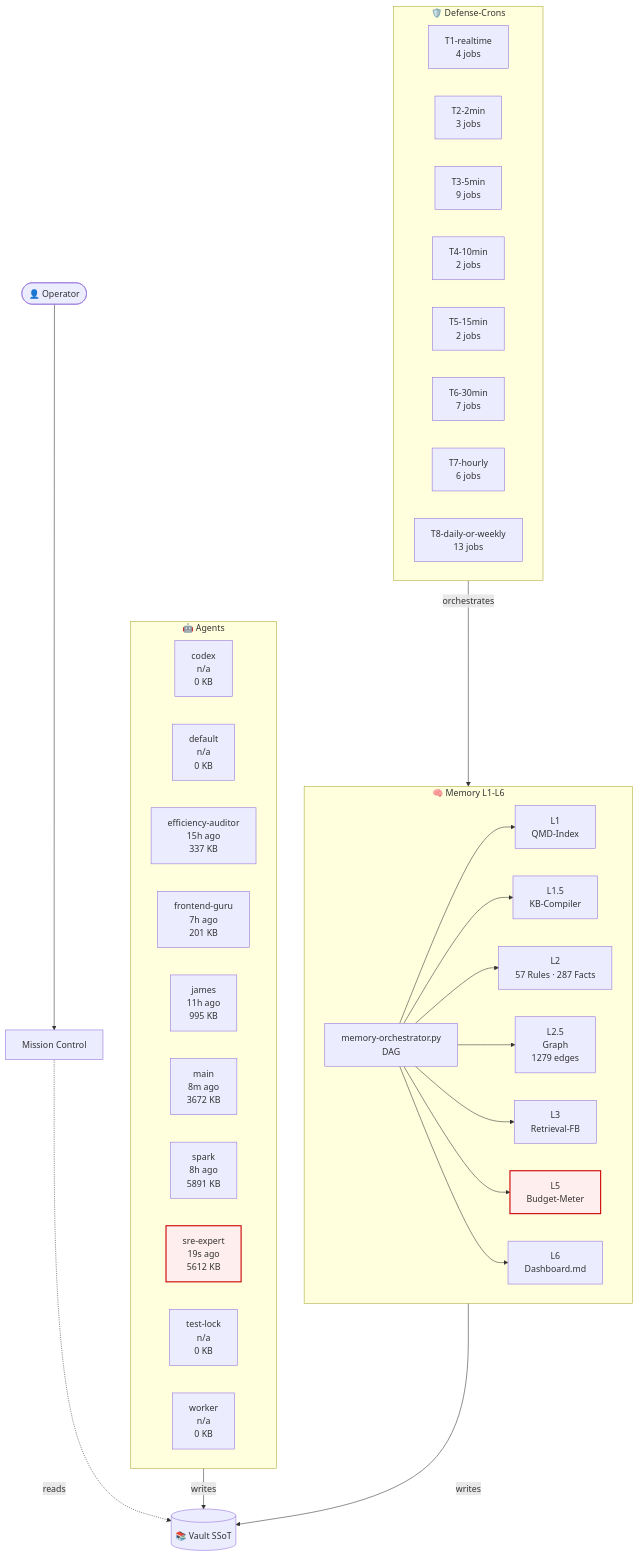
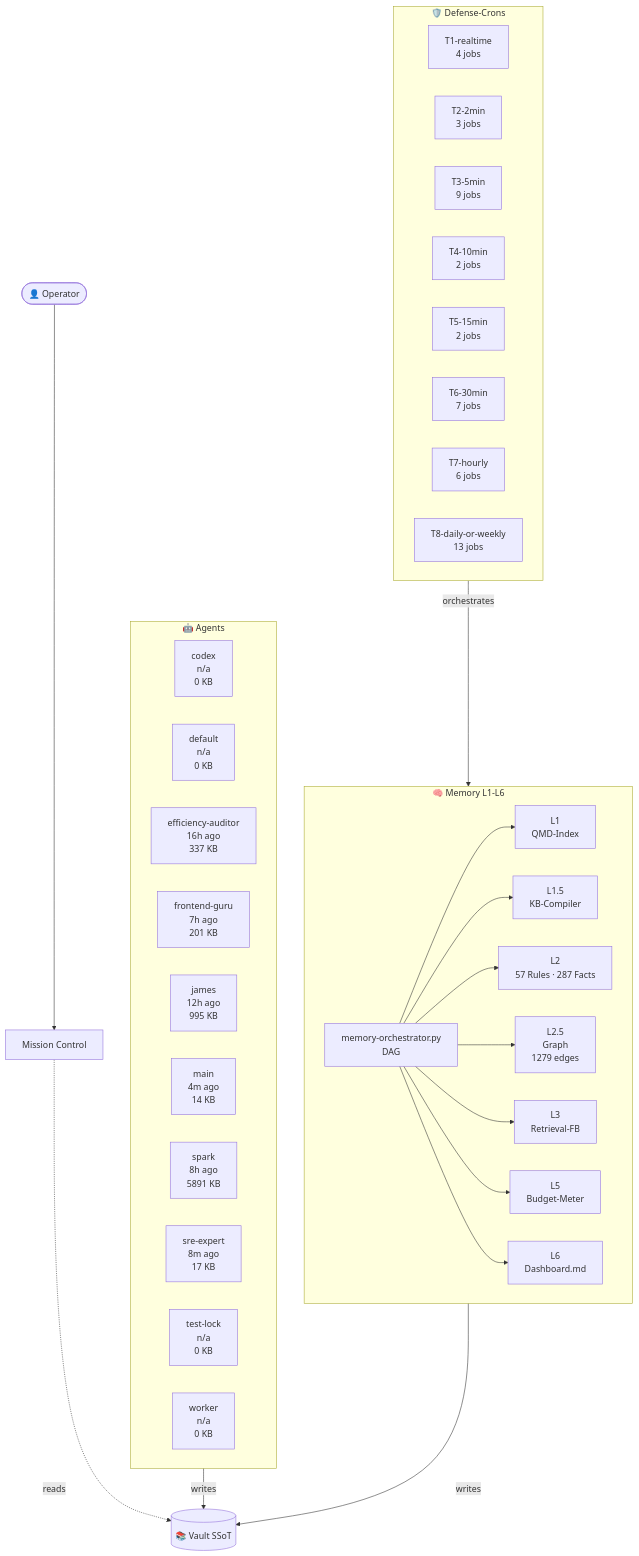
The diagram in 03-Agents/architecture-live.md (lenardhuebner88-rgb/openclaw-memory), drawn with Mermaid before and after one commit. The commit also changed other lines of this file and 16 other files, not shown here.

````diff
--- a/03-Agents/architecture-live.md
+++ b/03-Agents/architecture-live.md
@@ -18,53 +18,51 @@
 ```mermaid
 flowchart TB
     classDef critical fill:#fee,stroke:#c00,stroke-width:2px;
     subgraph AGT["🤖 Agents"]
         agent_codex["codex<br/>n/a<br/>0 KB"]
         agent_default["default<br/>n/a<br/>0 KB"]
-        agent_efficiency_auditor["efficiency-auditor<br/>15h ago<br/>337 KB"]
+        agent_efficiency_auditor["efficiency-auditor<br/>16h ago<br/>337 KB"]
         agent_frontend_guru["frontend-guru<br/>7h ago<br/>201 KB"]
-        agent_james["james<br/>11h ago<br/>995 KB"]
-        agent_main["main<br/>8m ago<br/>3672 KB"]
+        agent_james["james<br/>12h ago<br/>995 KB"]
+        agent_main["main<br/>4m ago<br/>14 KB"]
         agent_spark["spark<br/>8h ago<br/>5891 KB"]
-        agent_sre_expert["sre-expert<br/>19s ago<br/>5612 KB"]
+        agent_sre_expert["sre-expert<br/>8m ago<br/>17 KB"]
         agent_test_lock["test-lock<br/>n/a<br/>0 KB"]
         agent_worker["worker<br/>n/a<br/>0 KB"]
     end
     subgraph MEM["🧠 Memory L1-L6"]
         L1["L1<br/>QMD-Index"]
         L15["L1.5<br/>KB-Compiler"]
         L2["L2<br/>57 Rules · 287 Facts"]
         L25["L2.5<br/>Graph<br/>1279 edges"]
         L3["L3<br/>Retrieval-FB"]
         L5["L5<br/>Budget-Meter"]
         L6["L6<br/>Dashboard.md"]
         ORCH["memory-orchestrator.py<br/>DAG"]
     end
     subgraph CRN["🛡️ Defense-Crons"]
         tier_T1_realtime["T1-realtime<br/>4 jobs"]
         tier_T2_2min["T2-2min<br/>3 jobs"]
         tier_T3_5min["T3-5min<br/>9 jobs"]
         tier_T4_10min["T4-10min<br/>2 jobs"]
         tier_T5_15min["T5-15min<br/>2 jobs"]
         tier_T6_30min["T6-30min<br/>7 jobs"]
         tier_T7_hourly["T7-hourly<br/>6 jobs"]
         tier_T8_daily_or_weekly["T8-daily-or-weekly<br/>13 jobs"]
     end
     VAULT[("📚 Vault SSoT")]
     OP([👤 Operator])
     MC["Mission Control"]
     OP --> MC
     MC -.reads.-> VAULT
     AGT -->|writes| VAULT
     MEM -->|writes| VAULT
     ORCH --> L1
     ORCH --> L15
     ORCH --> L2
     ORCH --> L25
     ORCH --> L3
     ORCH --> L5
     ORCH --> L6
     CRN -->|orchestrates| MEM
-    class L5 critical
-    class agent_sre_expert critical
 ```
````
